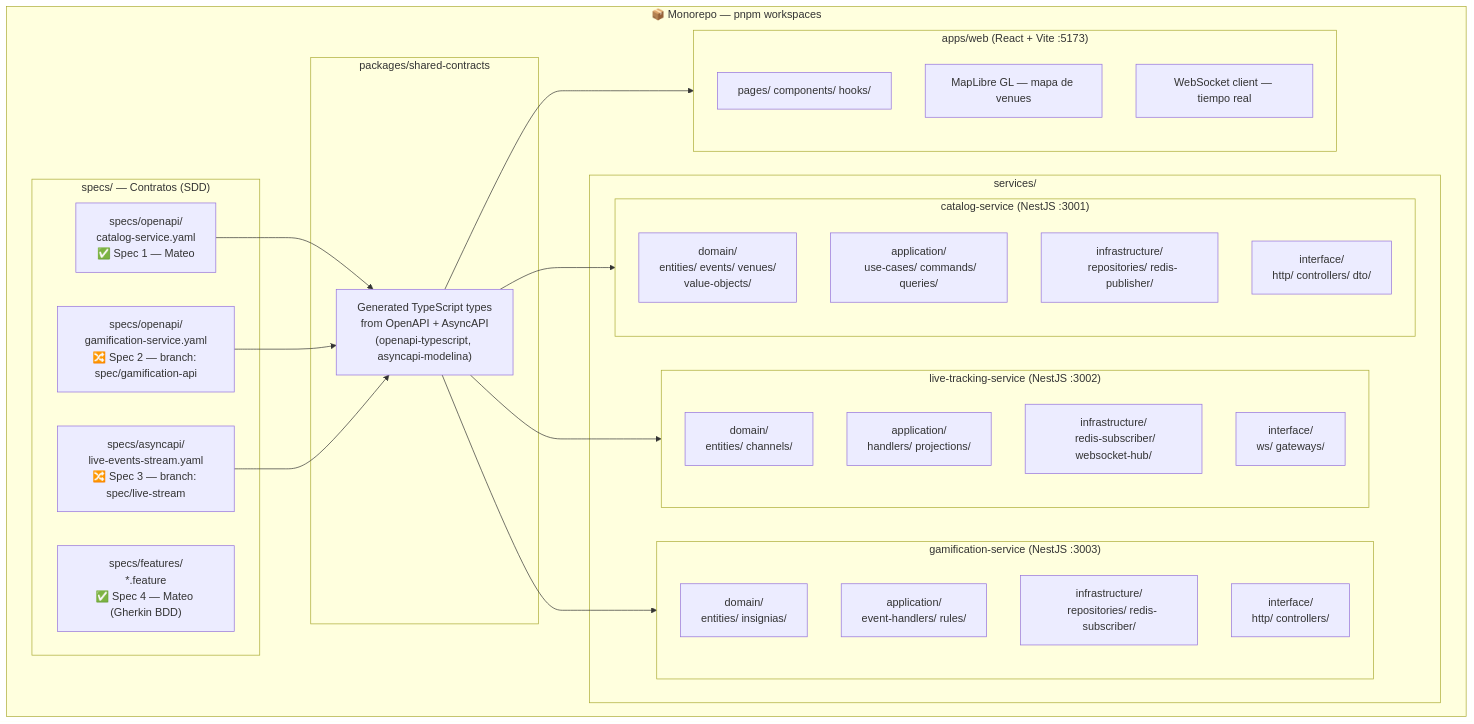
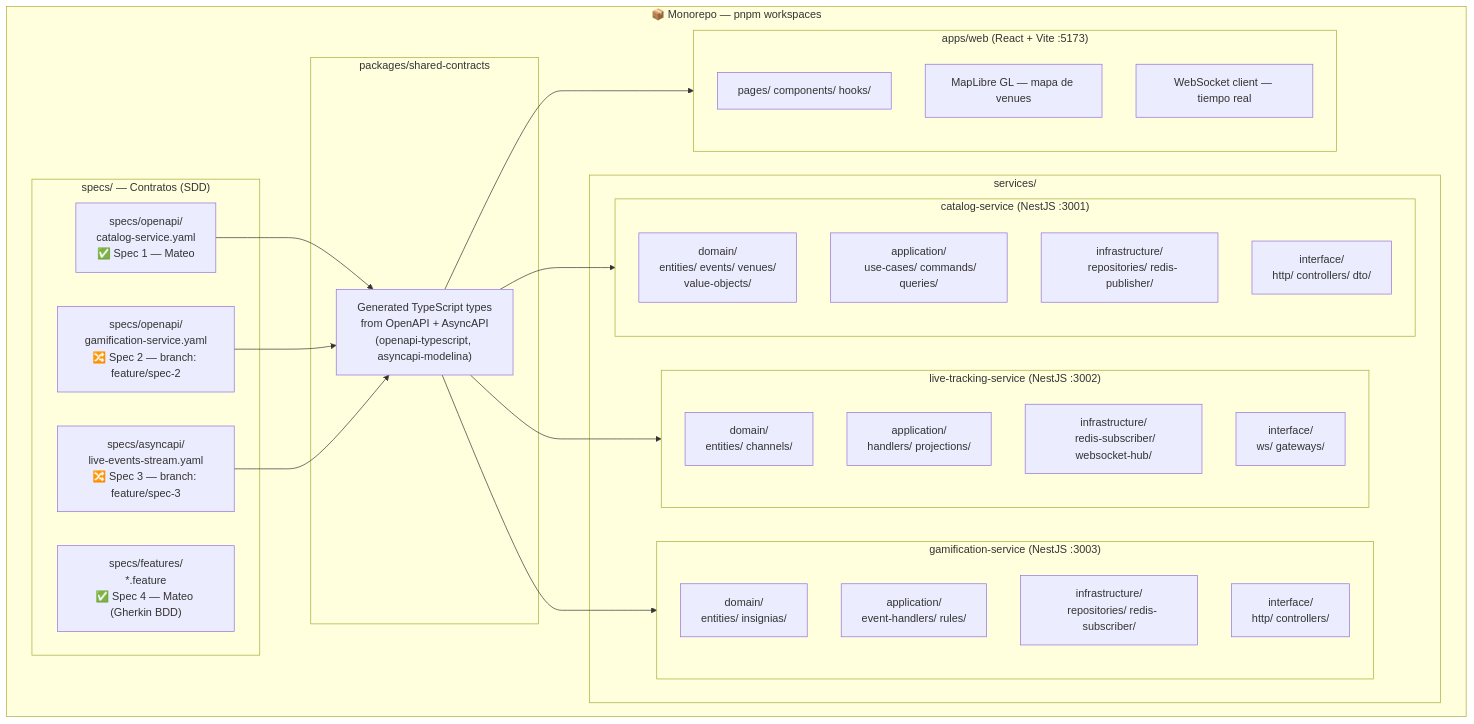
The fourth of 5 diagrams in docs/architecture/4plus1-views.md (MathLeoYa/ArtesVivas), drawn with Mermaid before and after one commit. The commit also changed 3 other files, not shown here.

Commit message:
docs(workflow): estandarizar nombres de ramas a feature/spec-X segun rubrica

````diff
--- a/docs/architecture/4plus1-views.md
+++ b/docs/architecture/4plus1-views.md
@@ -217,52 +217,52 @@
 ```mermaid
 flowchart TD
     subgraph Monorepo["📦 Monorepo — pnpm workspaces"]
         subgraph Specs["specs/ — Contratos (SDD)"]
             OA1["specs/openapi/\ncatalog-service.yaml\n✅ Spec 1 — Mateo"]
-            OA2["specs/openapi/\ngamification-service.yaml\n🔀 Spec 2 — branch: spec/gamification-api"]
-            AA3["specs/asyncapi/\nlive-events-stream.yaml\n🔀 Spec 3 — branch: spec/live-stream"]
+            OA2["specs/openapi/\ngamification-service.yaml\n🔀 Spec 2 — branch: feature/spec-2"]
+            AA3["specs/asyncapi/\nlive-events-stream.yaml\n🔀 Spec 3 — branch: feature/spec-3"]
             GH4["specs/features/\n*.feature\n✅ Spec 4 — Mateo (Gherkin BDD)"]
         end
 
         subgraph Shared["packages/shared-contracts"]
             SC["Generated TypeScript types\nfrom OpenAPI + AsyncAPI\n(openapi-typescript, asyncapi-modelina)"]
         end
 
         subgraph Services["services/"]
             subgraph CatSvc["catalog-service (NestJS :3001)"]
                 C1["domain/\n  entities/ events/ venues/\n  value-objects/"]
                 C2["application/\n  use-cases/ commands/ queries/"]
                 C3["infrastructure/\n  repositories/ redis-publisher/"]
                 C4["interface/\n  http/ controllers/ dto/"]
             end
 
             subgraph LiveSvc2["live-tracking-service (NestJS :3002)"]
                 L1["domain/\n  entities/ channels/"]
                 L2["application/\n  handlers/ projections/"]
                 L3["infrastructure/\n  redis-subscriber/ websocket-hub/"]
                 L4["interface/\n  ws/ gateways/"]
             end
 
             subgraph GamSvc2["gamification-service (NestJS :3003)"]
                 G1["domain/\n  entities/ insignias/"]
                 G2["application/\n  event-handlers/ rules/"]
                 G3["infrastructure/\n  repositories/ redis-subscriber/"]
                 G4["interface/\n  http/ controllers/"]
             end
         end
 
         subgraph Frontend["apps/web (React + Vite :5173)"]
             F1["pages/ components/ hooks/"]
             F2["MapLibre GL — mapa de venues"]
             F3["WebSocket client — tiempo real"]
         end
     end
 
     OA1 --> SC
     OA2 --> SC
     AA3 --> SC
     SC --> CatSvc
     SC --> LiveSvc2
     SC --> GamSvc2
     SC --> Frontend
 ```
````
